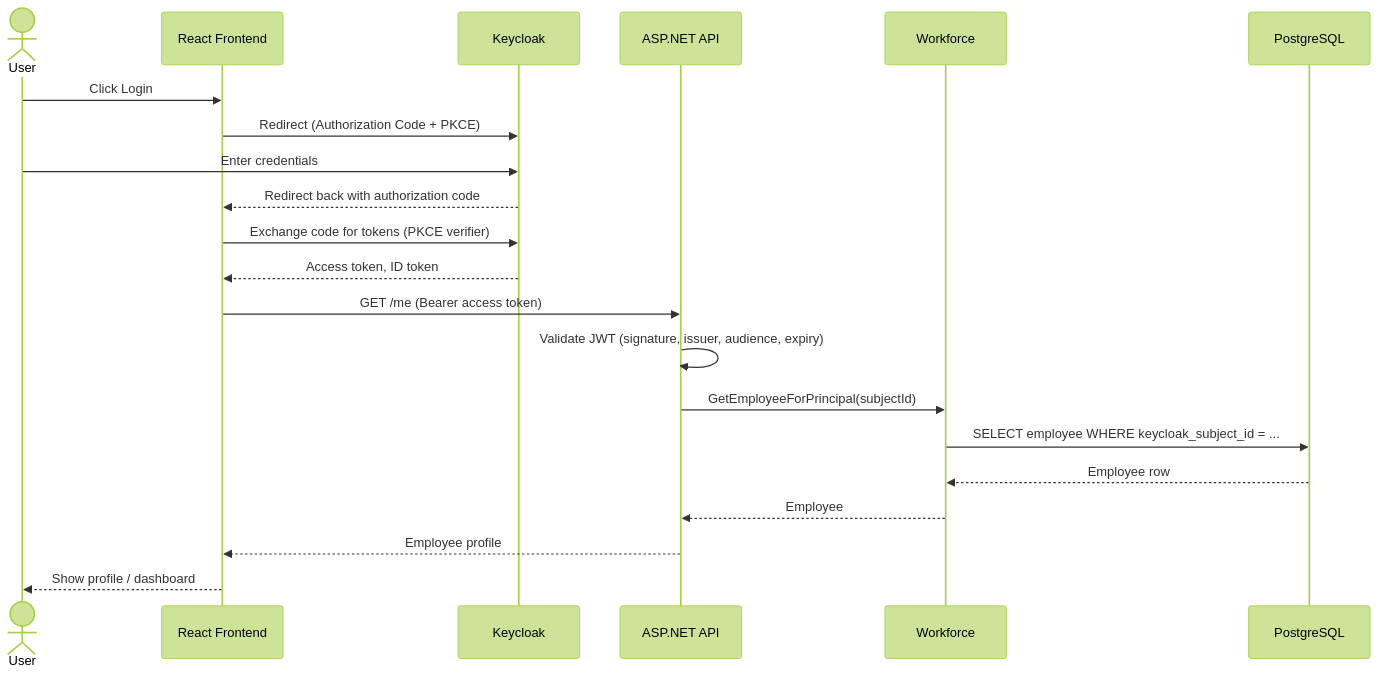
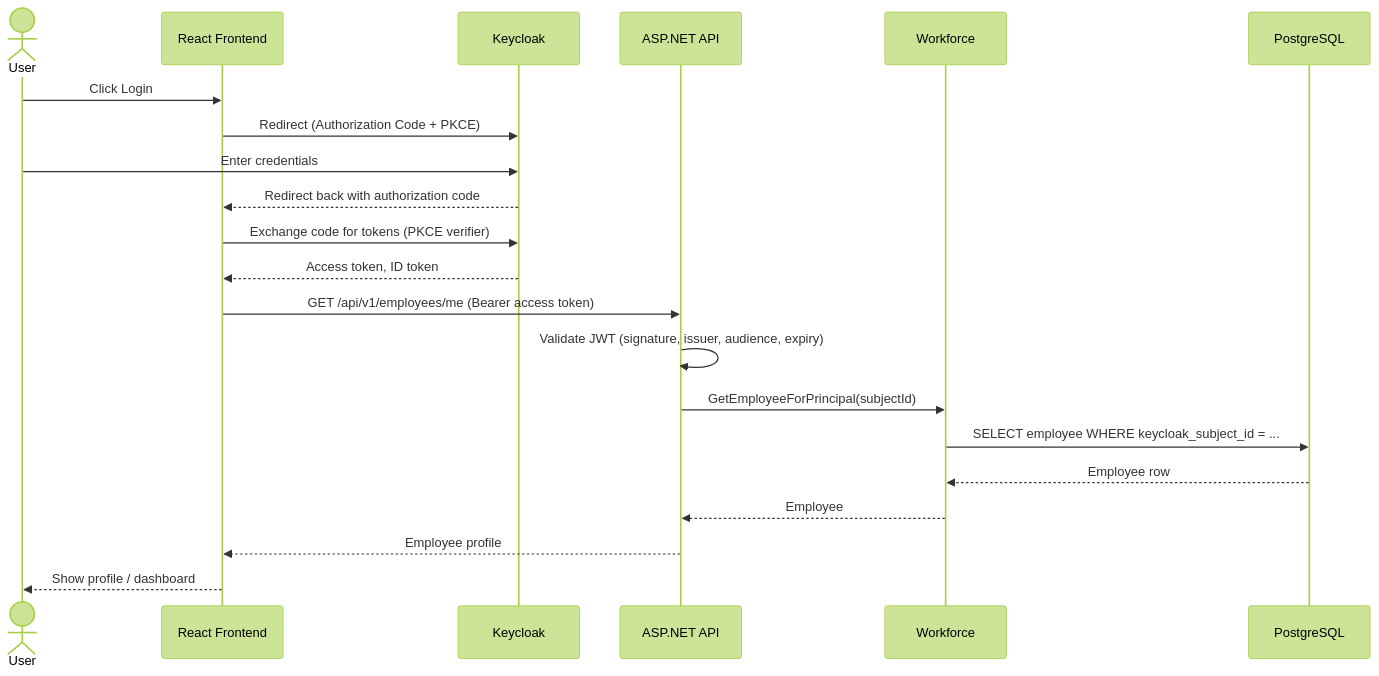
The first of 5 diagrams in docs/system-design/09-sequence-diagrams.md (ElidryssyYassineDev/Chrona), drawn with Mermaid (forest theme) before and after one commit. The commit also changed other lines of this file and 3 other files, not shown here.

````diff
--- a/docs/system-design/09-sequence-diagrams.md
+++ b/docs/system-design/09-sequence-diagrams.md
@@ -30,24 +30,24 @@
 ```mermaid
 sequenceDiagram
     actor User
     participant Frontend as React Frontend
     participant Keycloak
     participant API as ASP.NET API
     participant Workforce
     participant DB as PostgreSQL
 
     User->>Frontend: Click Login
     Frontend->>Keycloak: Redirect (Authorization Code + PKCE)
     User->>Keycloak: Enter credentials
     Keycloak-->>Frontend: Redirect back with authorization code
     Frontend->>Keycloak: Exchange code for tokens (PKCE verifier)
     Keycloak-->>Frontend: Access token, ID token
-    Frontend->>API: GET /me (Bearer access token)
+    Frontend->>API: GET /api/v1/employees/me (Bearer access token)
     API->>API: Validate JWT (signature, issuer, audience, expiry)
     API->>Workforce: GetEmployeeForPrincipal(subjectId)
     Workforce->>DB: SELECT employee WHERE keycloak_subject_id = ...
     DB-->>Workforce: Employee row
     Workforce-->>API: Employee
     API-->>Frontend: Employee profile
     Frontend-->>User: Show profile / dashboard
 ```
````
